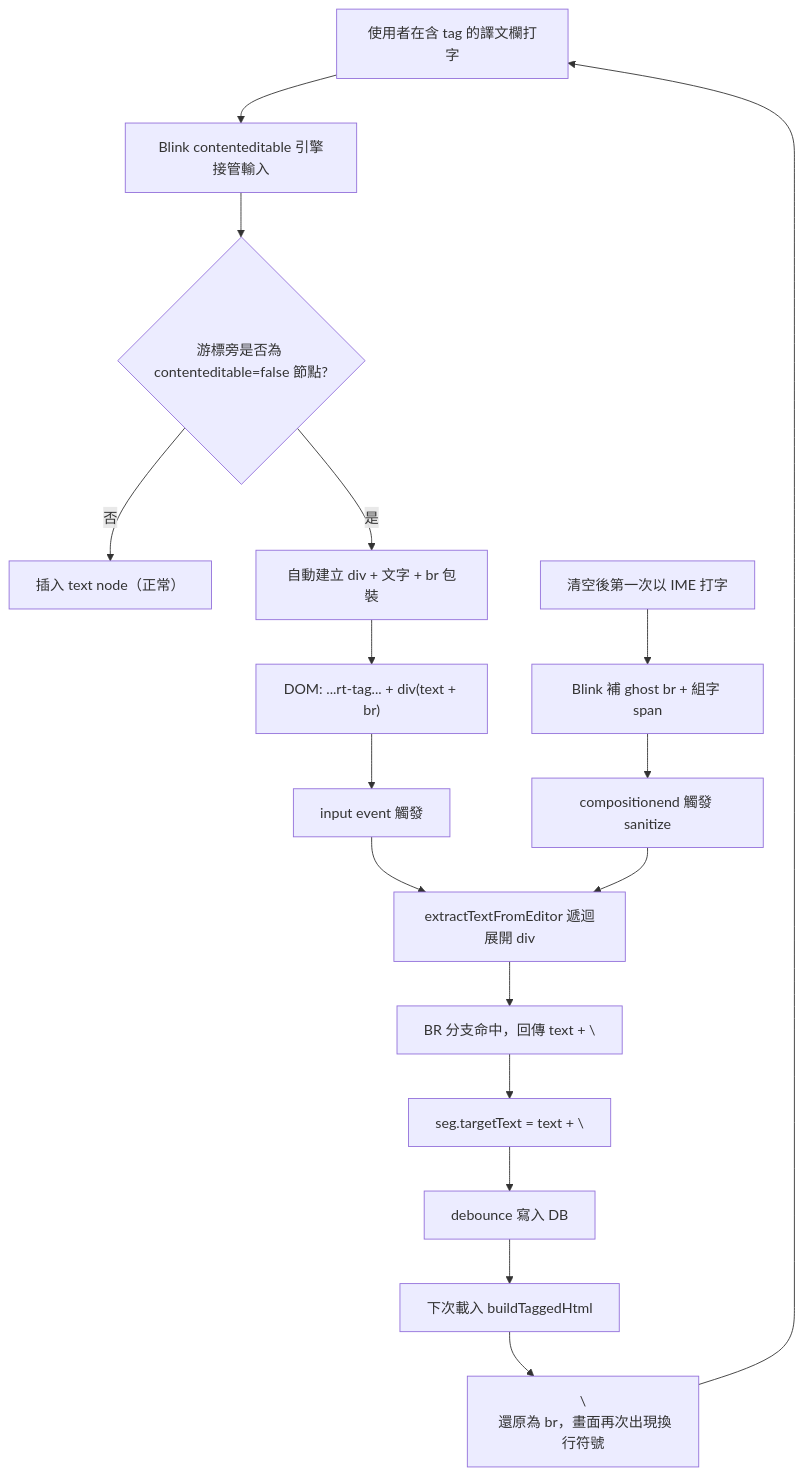
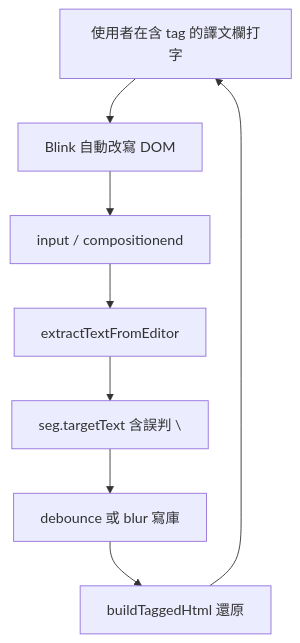
Before and after one commit to kratoswrathful-wy/talk-hanzi-joy: the diagram in docs/bug-report_contenteditable-newline-artifacts.md, drawn with Mermaid. The commit also changed other lines of this file and 1 other file, not shown here.

Commit message:
docs: 記錄譯文欄換行實作、驗收與後續可選工作（contenteditable bug report）

````diff
--- a/docs/bug-report_contenteditable-newline-artifacts.md
+++ b/docs/bug-report_contenteditable-newline-artifacts.md
@@ -202,20 +96,10 @@
 ```mermaid
 flowchart TD
-    A["使用者在含 tag 的譯文欄打字"] --> B["Blink contenteditable 引擎接管輸入"]
-    B --> C{"游標旁是否為 contenteditable=false 節點?"}
-    C -->|否| D["插入 text node（正常）"]
-    C -->|是| E["自動建立 div + 文字 + br 包裝"]
-    E --> F["DOM: ...rt-tag... + div(text + br)"]
-    F --> G["input event 觸發"]
-    G --> H["extractTextFromEditor 遞迴展開 div"]
-    H --> I["BR 分支命中，回傳 text + \\n"]
-    I --> J["seg.targetText = text + \\n"]
-    J --> K["debounce 寫入 DB"]
-    K --> L["下次載入 buildTaggedHtml"]
-    L --> M["\\n 還原為 br，畫面再次出現換行符號"]
-    M --> A
-
-    P["清空後第一次以 IME 打字"] --> Q["Blink 補 ghost br + 組字 span"]
-    Q --> R["compositionend 觸發 sanitize"]
-    R --> H
+    A["使用者在含 tag 的譯文欄打字"] --> B["Blink 自動改寫 DOM"]
+    B --> C["input / compositionend"]
+    C --> D["extractTextFromEditor"]
+    D --> E["seg.targetText 含誤判 \\n"]
+    E --> F["debounce 或 blur 寫庫"]
+    F --> G["buildTaggedHtml 還原 <br>"]
+    G --> A
 ```
````
